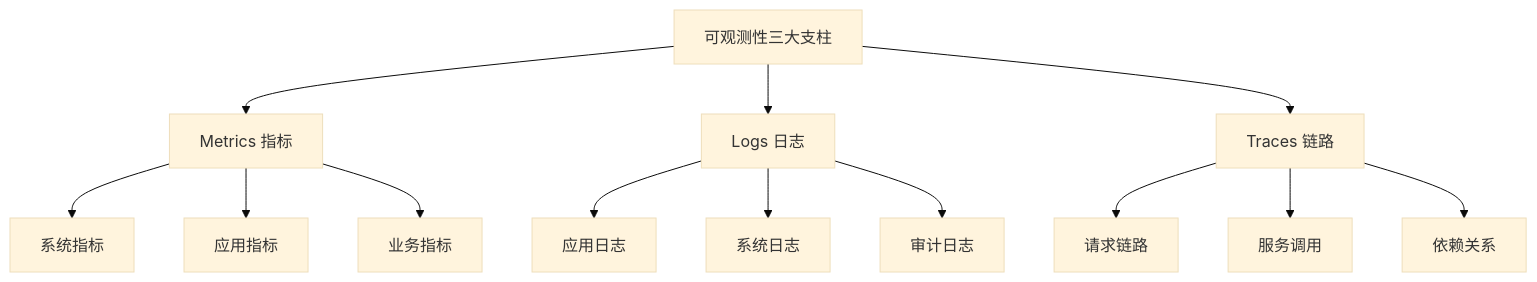
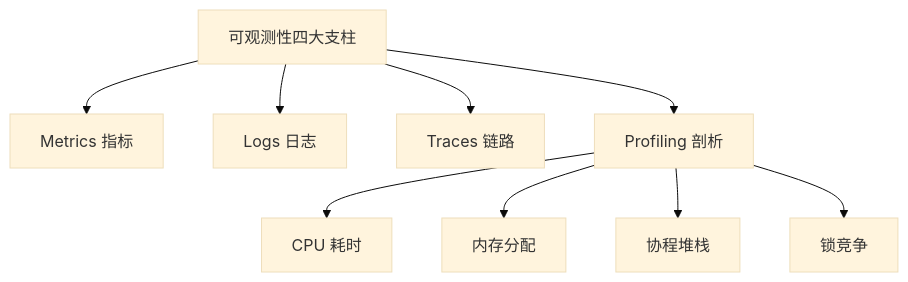
One commit to kudig-io/kudig-database changed the first of 3 diagrams in domain-1-architecture-fundamentals/15-observability-architecture.md. Above: the diagram before and after it, drawn with Mermaid (base theme). The commit also changed other lines of this file and 42 other files, not shown here.

````diff
--- a/domain-1-architecture-fundamentals/15-observability-architecture.md
+++ b/domain-1-architecture-fundamentals/15-observability-architecture.md
@@ -14,18 +15,12 @@
 ```mermaid
 graph TD
-    A[可观测性三大支柱] --> B[Metrics 指标]
+    A[可观测性四大支柱] --> B[Metrics 指标]
     A --> C[Logs 日志]
     A --> D[Traces 链路]
+    A --> E[Profiling 剖析]
     
-    B --> B1[系统指标]
-    B --> B2[应用指标]
-    B --> B3[业务指标]
-    
-    C --> C1[应用日志]
-    C --> C2[系统日志]
-    C --> C3[审计日志]
-    
-    D --> D1[请求链路]
-    D --> D2[服务调用]
-    D --> D3[依赖关系]
+    E --> E1[CPU 耗时]
+    E --> E2[内存分配]
+    E --> E3[协程堆栈]
+    E --> E4[锁竞争]
 ```
````
